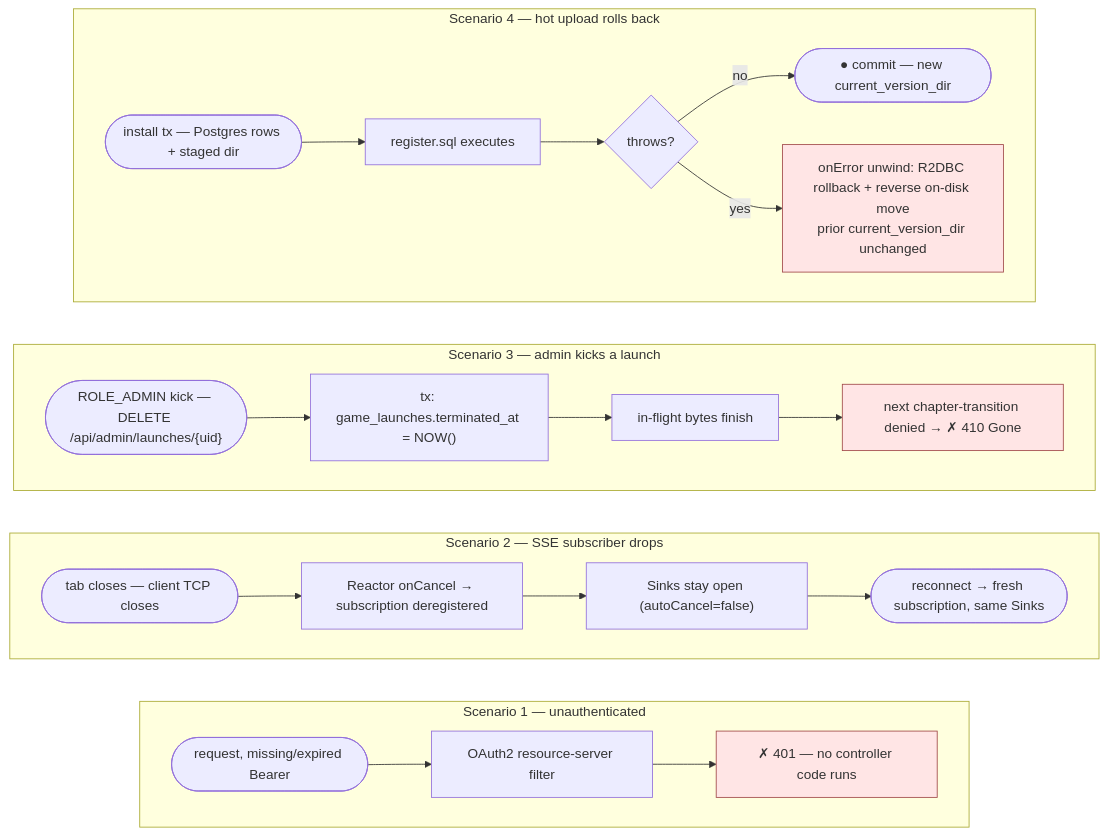
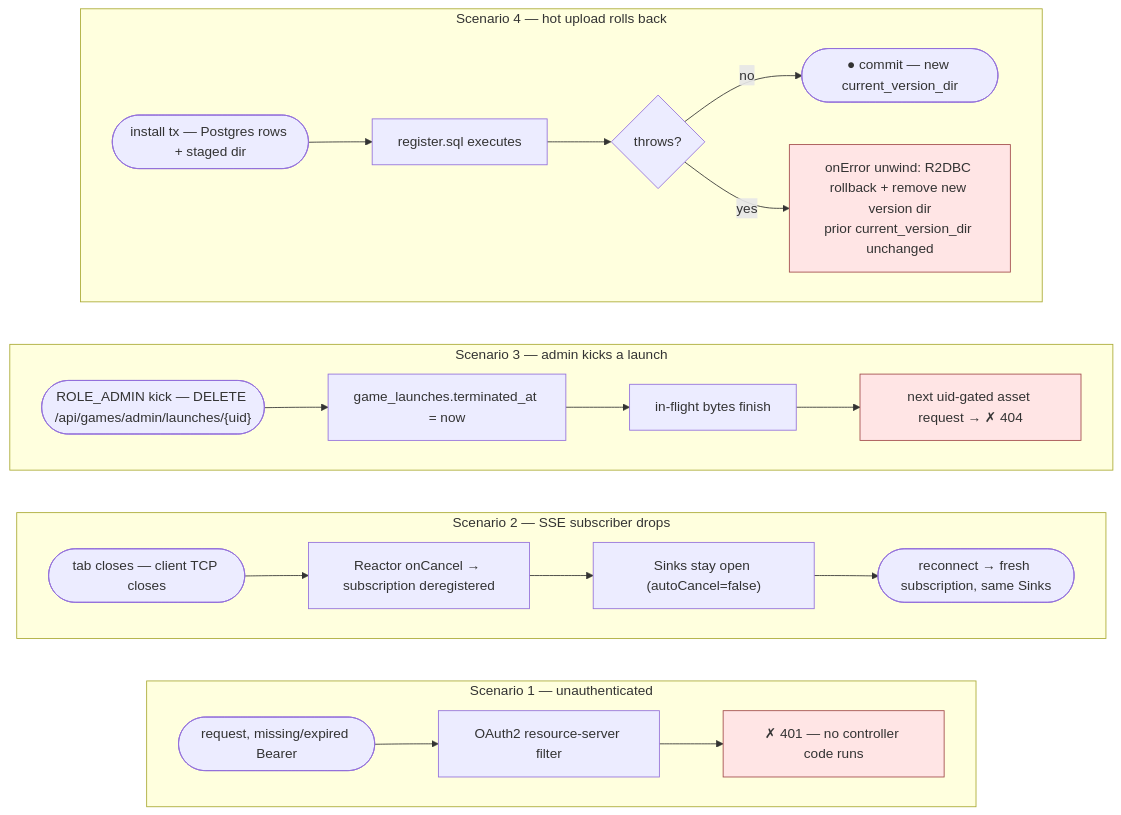
The fifth of 5 diagrams in docs/wiki/architecture/05-api-reference.md (hugmesh/hugmesh-games), drawn with Mermaid before and after one commit. The commit also changed other lines of this file, not shown here.

Commit message:
docs(architecture): 05 API reference: fix routes, auth, launch paths, input gates and add avatars

````diff
--- a/docs/wiki/architecture/05-api-reference.md
+++ b/docs/wiki/architecture/05-api-reference.md
@@ -452,22 +475,22 @@
 ```mermaid
 flowchart LR
     subgraph s1["Scenario 1 — unauthenticated"]
         direction LR
         A1(["request, missing/expired Bearer"]) --> A2["OAuth2 resource-server filter"] --> A3["✗ 401 — no controller code runs"]:::err
     end
     subgraph s2["Scenario 2 — SSE subscriber drops"]
         direction LR
         B1(["tab closes — client TCP closes"]) --> B2["Reactor onCancel → subscription deregistered"] --> B3["Sinks stay open (autoCancel=false)"] --> B4(["reconnect → fresh subscription, same Sinks"])
     end
     subgraph s3["Scenario 3 — admin kicks a launch"]
         direction LR
-        C1(["ROLE_ADMIN kick — DELETE /api/admin/launches/{uid}"]) --> C2["tx: game_launches.terminated_at = NOW()"] --> C3["in-flight bytes finish"] --> C4["next chapter-transition denied → ✗ 410 Gone"]:::err
+        C1(["ROLE_ADMIN kick — DELETE /api/games/admin/launches/{uid}"]) --> C2["game_launches.terminated_at = now"] --> C3["in-flight bytes finish"] --> C4["next uid-gated asset request → ✗ 404"]:::err
     end
     subgraph s4["Scenario 4 — hot upload rolls back"]
         direction LR
         D1(["install tx — Postgres rows + staged dir"]) --> D2["register.sql executes"] --> D3{"throws?"}
         D3 -->|no| D4(["● commit — new current_version_dir"])
-        D3 -->|yes| D5["onError unwind: R2DBC rollback + reverse on-disk move<br/>prior current_version_dir unchanged"]:::err
+        D3 -->|yes| D5["onError unwind: R2DBC rollback + remove new version dir<br/>prior current_version_dir unchanged"]:::err
     end
     classDef err fill:#ffe5e5,stroke:#a14a4a;
 ```
````
